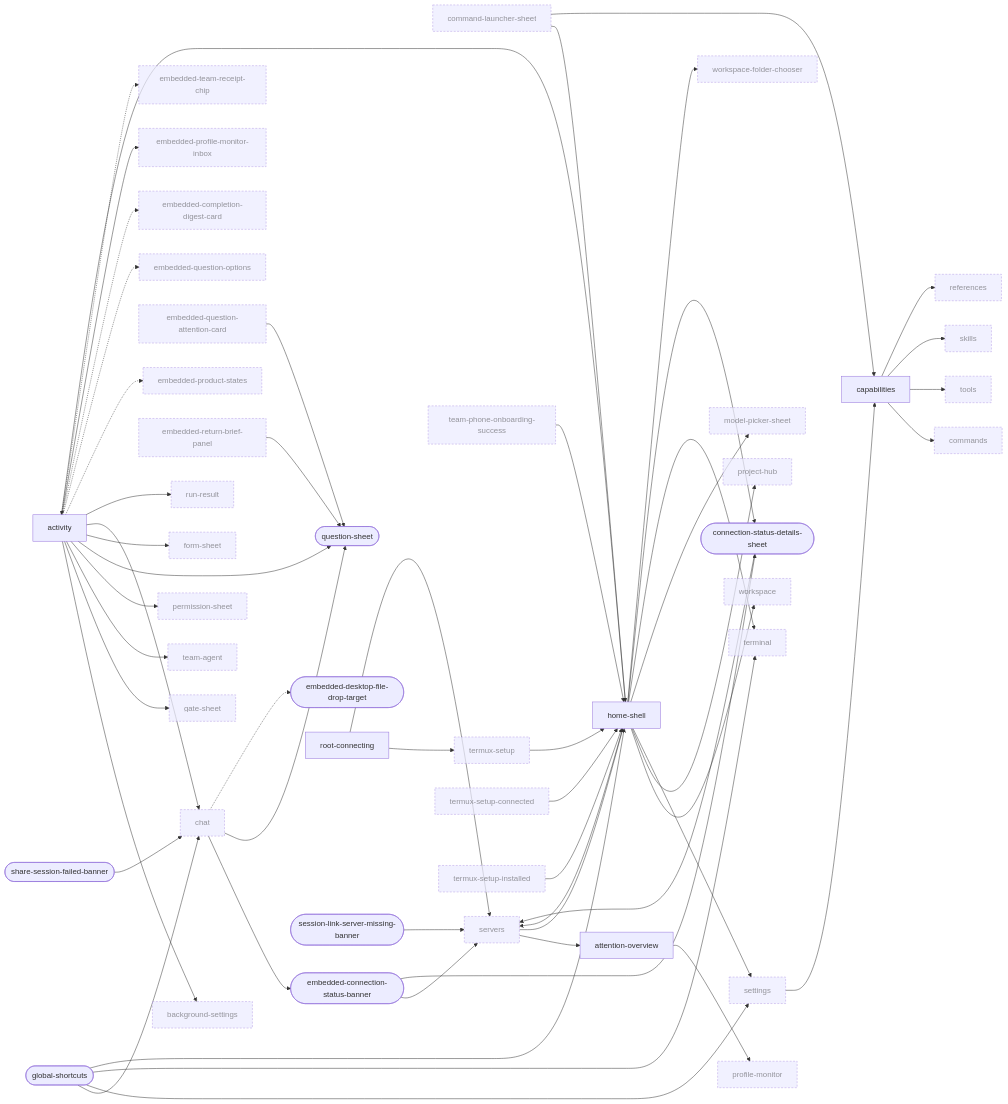
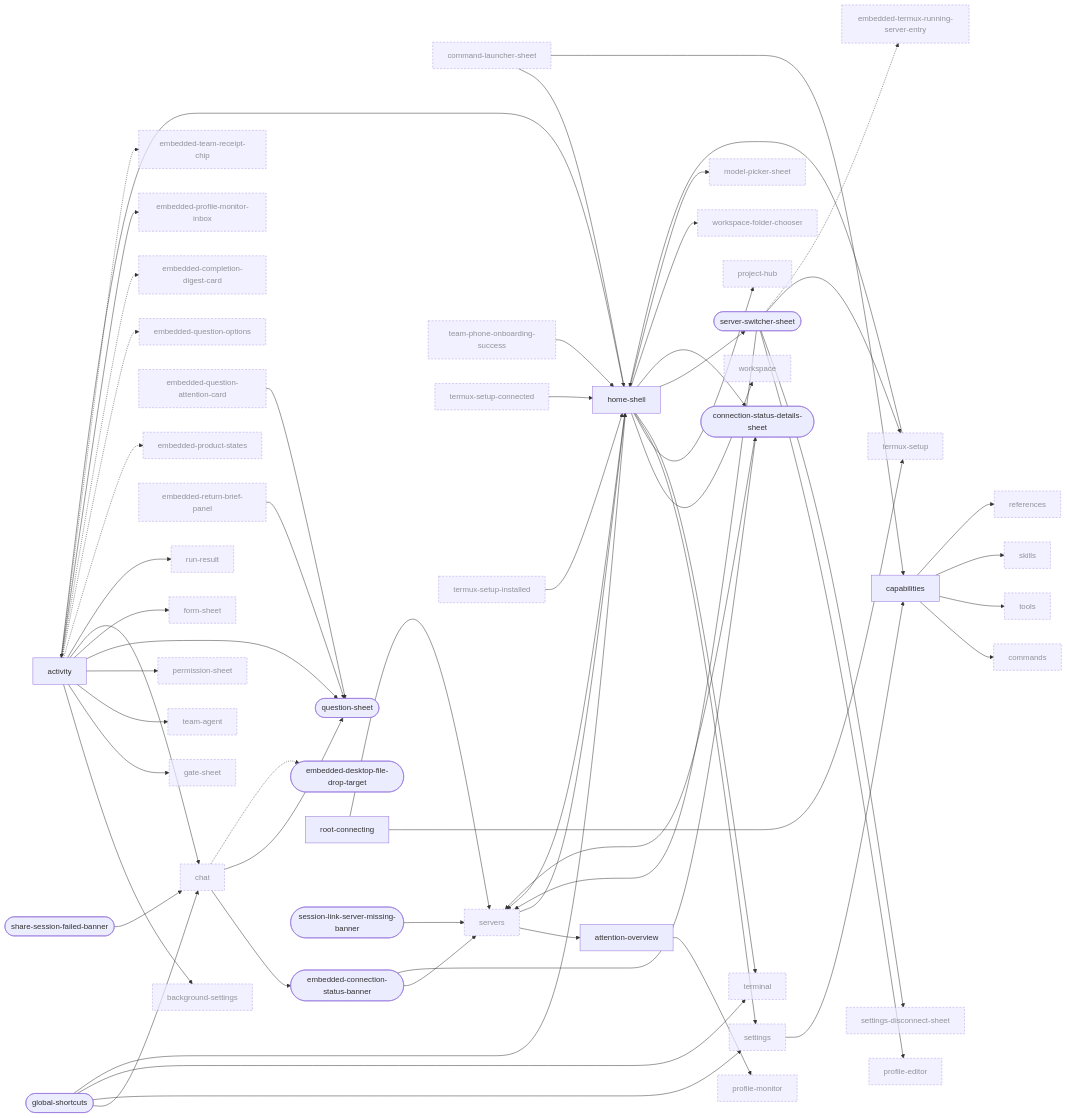
Before and after one commit to Breskott/opencode-mobile-next: the first of 10 diagrams in docs/design/ui-ledger/navigation.md, drawn with Mermaid. The commit also changed other lines of this file and 19 other files, not shown here.

First line of the commit message:
feat(shell): the server name in the app bar is the server switcher

````diff
--- a/docs/design/ui-ledger/navigation.md
+++ b/docs/design/ui-ledger/navigation.md
@@ -37,21 +37,25 @@
   embedded_question_options["embedded-question-options"]:::ext
   embedded_return_brief_panel["embedded-return-brief-panel"]:::ext
   embedded_team_receipt_chip["embedded-team-receipt-chip"]:::ext
+  embedded_termux_running_server_entry["embedded-termux-running-server-entry"]:::ext
   form_sheet["form-sheet"]:::ext
   gate_sheet["gate-sheet"]:::ext
   global_shortcuts(["global-shortcuts"])
   home_shell["home-shell"]
   model_picker_sheet["model-picker-sheet"]:::ext
   permission_sheet["permission-sheet"]:::ext
+  profile_editor["profile-editor"]:::ext
   profile_monitor["profile-monitor"]:::ext
   project_hub["project-hub"]:::ext
   question_sheet(["question-sheet"])
   references["references"]:::ext
   root_connecting["root-connecting"]
   run_result["run-result"]:::ext
+  server_switcher_sheet(["server-switcher-sheet"])
   servers["servers"]:::ext
   session_link_server_missing_banner(["session-link-server-missing-banner"])
   settings["settings"]:::ext
+  settings_disconnect_sheet["settings-disconnect-sheet"]:::ext
   share_session_failed_banner(["share-session-failed-banner"])
   skills["skills"]:::ext
   team_agent["team-agent"]:::ext
@@ -69,10 +73,14 @@
   home_shell --> project_hub
   home_shell --> activity
   home_shell --> settings
-  home_shell --> model_picker_sheet
+  home_shell --> terminal
+  home_shell --> server_switcher_sheet
   home_shell --> servers
-  home_shell --> terminal
   home_shell --> connection_status_details_sheet
+  server_switcher_sheet --> servers
+  server_switcher_sheet --> profile_editor
+  server_switcher_sheet --> settings_disconnect_sheet
+  server_switcher_sheet --> termux_setup
   connection_status_details_sheet --> servers
   embedded_connection_status_banner --> servers
   embedded_connection_status_banner --> connection_status_details_sheet
@@ -114,6 +122,8 @@
   activity -.-> embedded_question_options
   activity -.-> embedded_completion_digest_card
   activity --> embedded_profile_monitor_inbox
+  server_switcher_sheet -.-> embedded_termux_running_server_entry
   activity -.-> embedded_team_receipt_chip
+  home_shell --> model_picker_sheet
   classDef ext stroke-dasharray: 4 3,opacity:0.7
 ```
````
